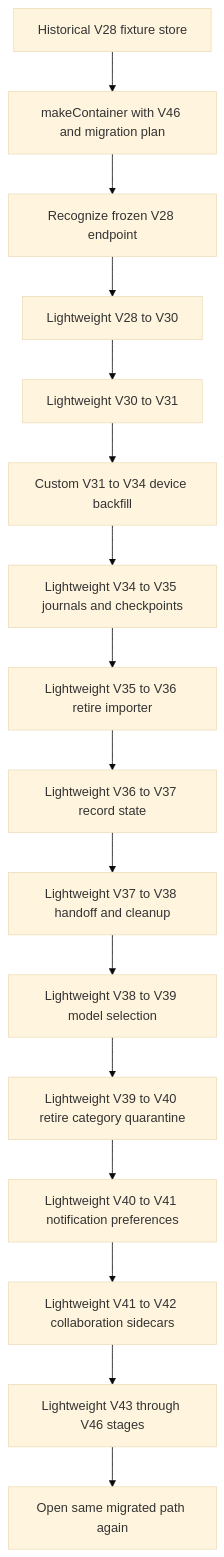
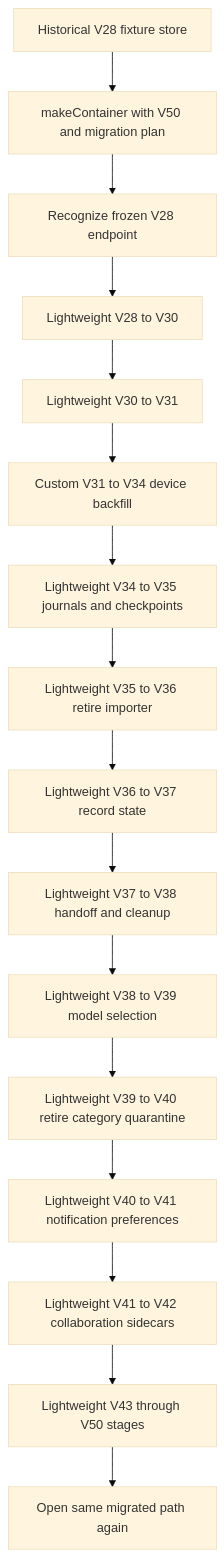
One commit to AkinoKaede/Termind changed the second of 4 diagrams in openwiki/concepts/persistence-and-secrets.md. Above: the diagram before and after it, drawn with Mermaid (base theme). The commit also changed other lines of this file and 70 other files, not shown here.

````diff
--- a/openwiki/concepts/persistence-and-secrets.md
+++ b/openwiki/concepts/persistence-and-secrets.md
@@ -212,18 +212,18 @@
 ```mermaid
 flowchart TD
-    Fixture["Historical V28 fixture store"] --> Factory["makeContainer with V46 and migration plan"]
+    Fixture["Historical V28 fixture store"] --> Factory["makeContainer with V50 and migration plan"]
     Factory --> V28["Recognize frozen V28 endpoint"]
     V28 --> V30["Lightweight V28 to V30"]
     V30 --> V31["Lightweight V30 to V31"]
     V31 --> V34["Custom V31 to V34 device backfill"]
     V34 --> V35["Lightweight V34 to V35 journals and checkpoints"]
     V35 --> V36["Lightweight V35 to V36 retire importer"]
     V36 --> V37["Lightweight V36 to V37 record state"]
     V37 --> V38["Lightweight V37 to V38 handoff and cleanup"]
     V38 --> V39["Lightweight V38 to V39 model selection"]
     V39 --> V40["Lightweight V39 to V40 retire category quarantine"]
     V40 --> V41["Lightweight V40 to V41 notification preferences"]
     V41 --> V42["Lightweight V41 to V42 collaboration sidecars"]
-    V42 --> V46["Lightweight V43 through V46 stages"]
+    V42 --> V46["Lightweight V43 through V50 stages"]
     V46 --> Reopen["Open same migrated path again"]
 ```
````
